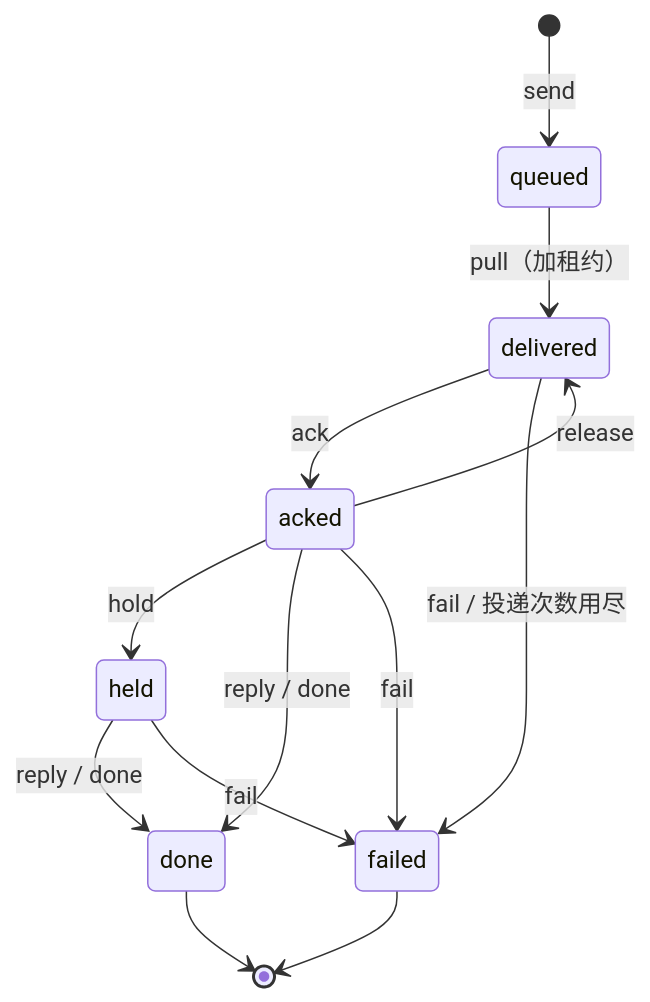
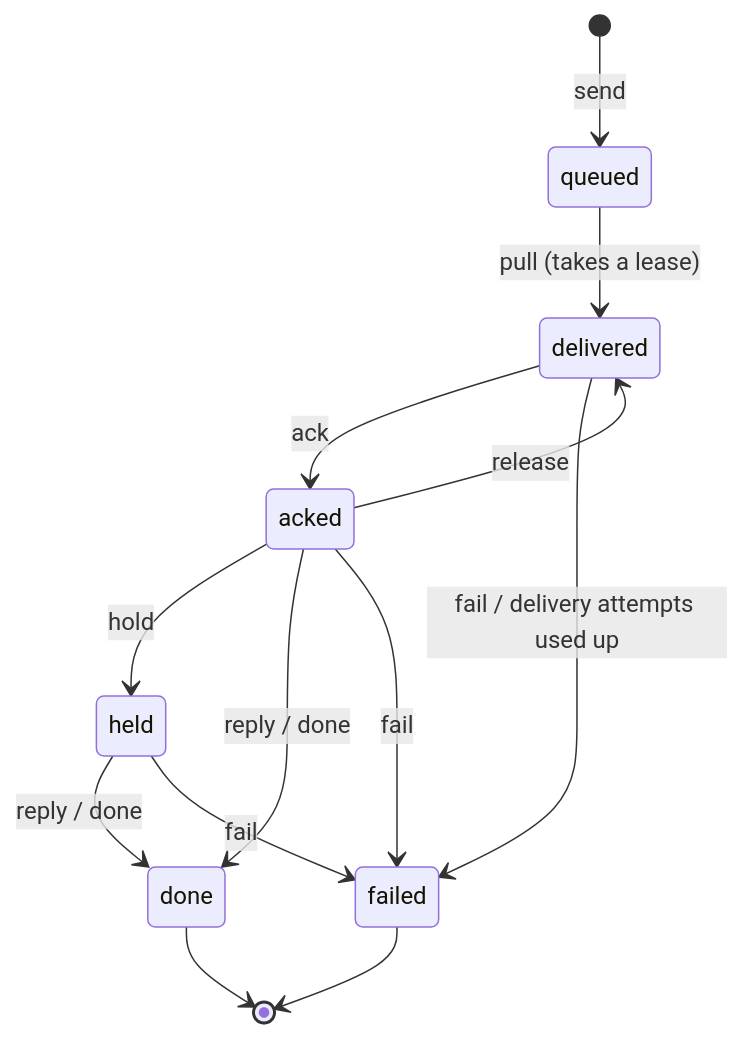
Before and after one commit to chenhg5/myco: the diagram in docs/architecture.md, drawn with Mermaid. The commit also changed other lines of this file and 10 other files, not shown here.

````diff
--- a/docs/architecture.md
+++ b/docs/architecture.md
@@ -23,15 +23,15 @@
 ```mermaid
 stateDiagram-v2
   [*] --> queued: send
-  queued --> delivered: pull（加租约）
+  queued --> delivered: pull (takes a lease)
   delivered --> acked: ack
   acked --> delivered: release
   acked --> held: hold
   acked --> done: reply / done
   held --> done: reply / done
-  delivered --> failed: fail / 投递次数用尽
+  delivered --> failed: fail / delivery attempts used up
   acked --> failed: fail
   held --> failed: fail
   done --> [*]
   failed --> [*]
 ```
````
